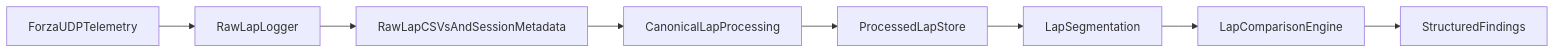
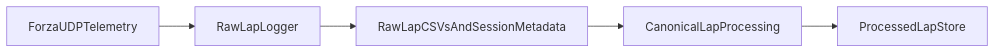
Before and after one commit to KavEn06/SlipStream: the diagram in README.md, drawn with Mermaid. The commit also changed other lines of this file and 12 other files, not shown here.

````diff
--- a/README.md
+++ b/README.md
@@ -24,10 +22,7 @@
 ```mermaid
 flowchart LR
 forzaUdp[ForzaUDPTelemetry] --> rawLogger[RawLapLogger]
 rawLogger --> rawStore[RawLapCSVsAndSessionMetadata]
 rawStore --> canonicalBuilder[CanonicalLapProcessing]
 canonicalBuilder --> processedStore[ProcessedLapStore]
-processedStore --> segmentation[LapSegmentation]
-segmentation --> comparison[LapComparisonEngine]
-comparison --> findings[StructuredFindings]
 ```
````
